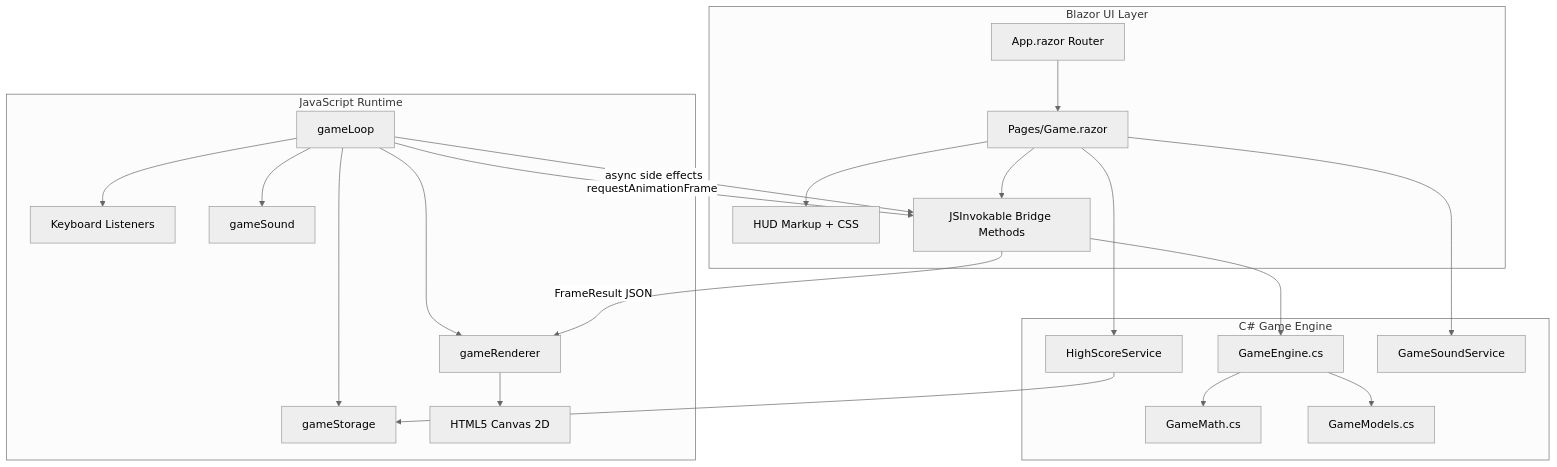
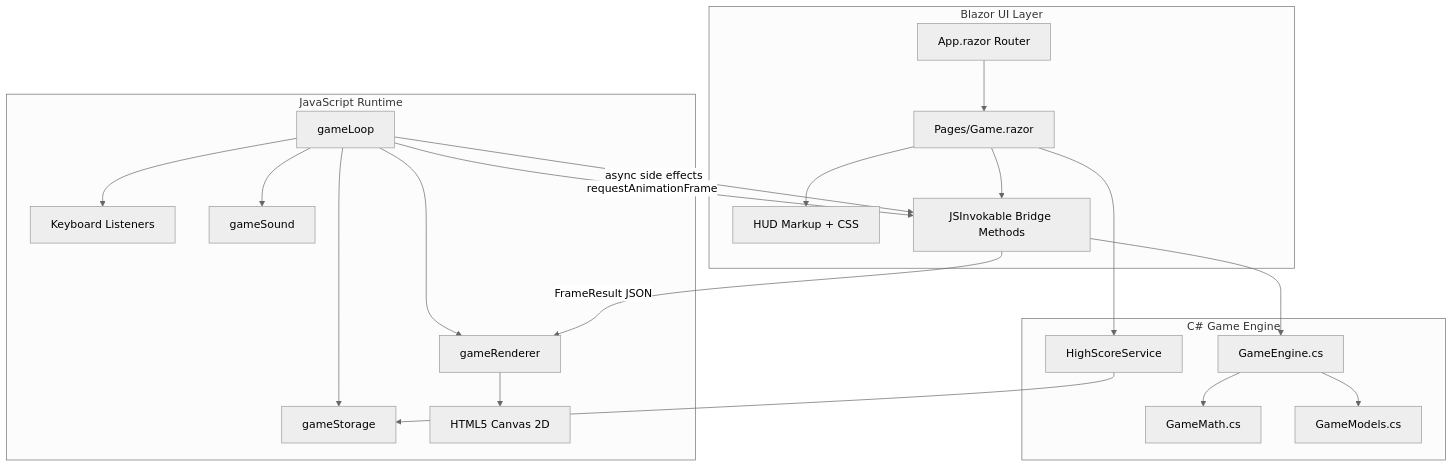
Before and after one commit to psoszynski/asteroids_blazor: the first of 4 diagrams in ARCHITECTURE.md, drawn with Mermaid (neutral theme). The commit also changed other lines of this file and 11 other files, not shown here.

````diff
--- a/ARCHITECTURE.md
+++ b/ARCHITECTURE.md
@@ -17,29 +17,28 @@
 ```mermaid
 graph TD
     subgraph Blazor_Layer [Blazor UI Layer]
         App[App.razor Router] --> Game[Pages/Game.razor]
         Game --> HUD[HUD Markup + CSS]
         Game --> Bridge[JSInvokable Bridge Methods]
     end
 
     subgraph CSharp_Engine [C# Game Engine]
         Bridge --> Engine[GameEngine.cs]
         Engine --> Math[GameMath.cs]
         Engine --> Models[GameModels.cs]
         Game --> HighScores[HighScoreService]
-        Game --> Sounds[GameSoundService]
     end
 
     subgraph JS_Runtime [JavaScript Runtime]
         Loop[gameLoop] -->|requestAnimationFrame| Bridge
         Loop --> Input[Keyboard Listeners]
         Loop --> Renderer[gameRenderer]
         Loop --> Audio[gameSound]
         Loop --> Storage[gameStorage]
         Renderer --> Canvas[HTML5 Canvas 2D]
     end
 
     Bridge -->|FrameResult JSON| Renderer
     Loop -->|async side effects| Bridge
     HighScores --> Storage
 ```
````
